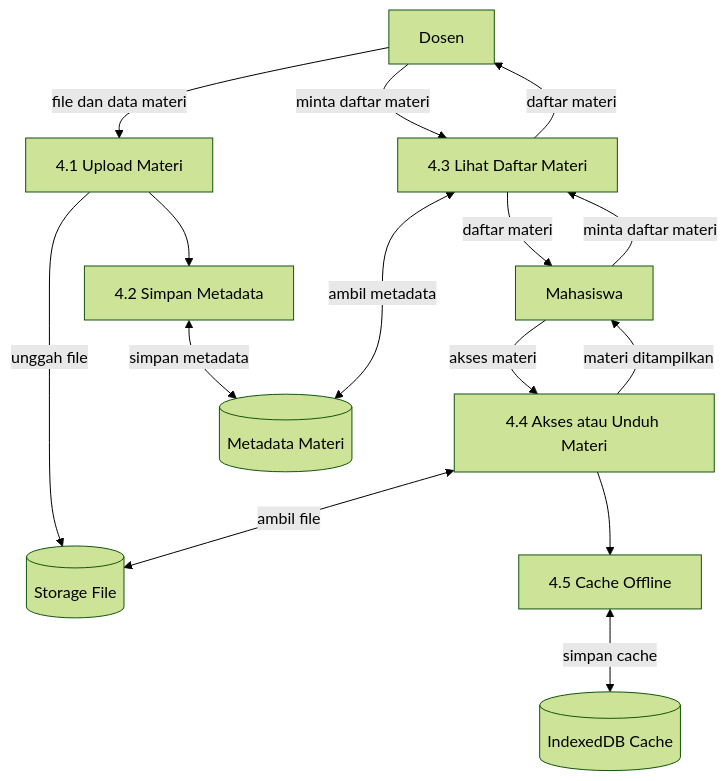
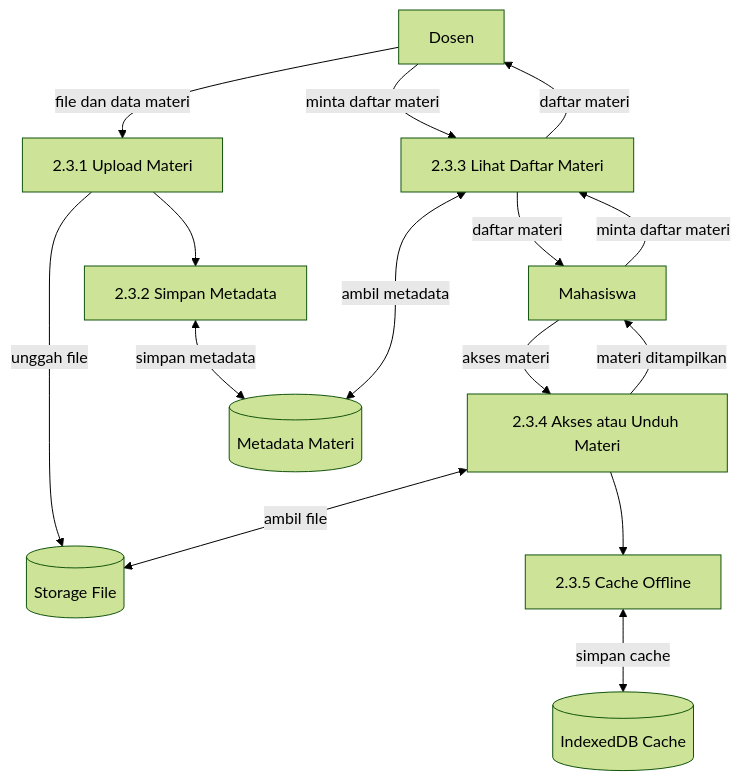
One commit to taufiq1285/sistem-pwa changed the sixth of 12 diagrams in docs/DFD.md. Above: the diagram before and after it, drawn with Mermaid (forest theme). The commit also changed other lines of this file and 75 other files, not shown here.

````diff
--- a/docs/DFD.md
+++ b/docs/DFD.md
@@ -330,29 +313,29 @@
 ```mermaid
 graph TB
     Dosen[Dosen]
     Mahasiswa[Mahasiswa]
     D1[(Metadata Materi)]
     D2[(IndexedDB Cache)]
     D4[(Storage File)]
 
-    P4_1[4.1 Upload Materi]
-    P4_2[4.2 Simpan Metadata]
-    P4_3[4.3 Lihat Daftar Materi]
-    P4_4[4.4 Akses atau Unduh Materi]
-    P4_5[4.5 Cache Offline]
+    P4_1[2.3.1 Upload Materi]
+    P4_2[2.3.2 Simpan Metadata]
+    P4_3[2.3.3 Lihat Daftar Materi]
+    P4_4[2.3.4 Akses atau Unduh Materi]
+    P4_5[2.3.5 Cache Offline]
 
     Dosen -->|file dan data materi| P4_1
     P4_1 -->|unggah file| D4
     P4_1 --> P4_2
     P4_2 <-->|simpan metadata| D1
     Mahasiswa -->|minta daftar materi| P4_3
     Dosen -->|minta daftar materi| P4_3
     P4_3 <-->|ambil metadata| D1
     P4_3 -->|daftar materi| Mahasiswa
     P4_3 -->|daftar materi| Dosen
     Mahasiswa -->|akses materi| P4_4
     P4_4 <-->|ambil file| D4
     P4_4 --> P4_5
     P4_5 <-->|simpan cache| D2
     P4_4 -->|materi ditampilkan| Mahasiswa
 ```
````
